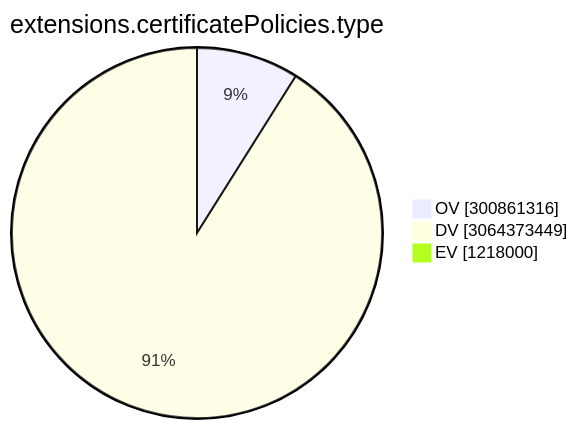
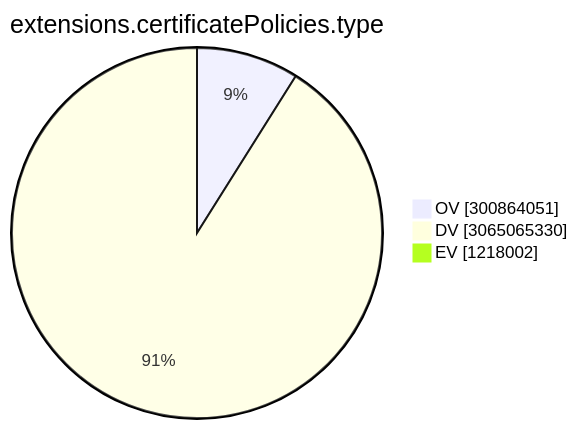
The ninth of 15 diagrams in TOTAL/README.md (christiankrug/ctmonitor_visualization), drawn with Mermaid before and after one commit. The commit also changed other lines of this file, not shown here.

````diff
--- a/TOTAL/README.md
+++ b/TOTAL/README.md
@@ -3102,7 +3102,7 @@
 ```mermaid
 pie showData
 title extensions.certificatePolicies.type
-"OV" :300861316
-"DV" :3064373449
-"EV" :1218000
+"OV" :300864051
+"DV" :3065065330
+"EV" :1218002
 ```
````
